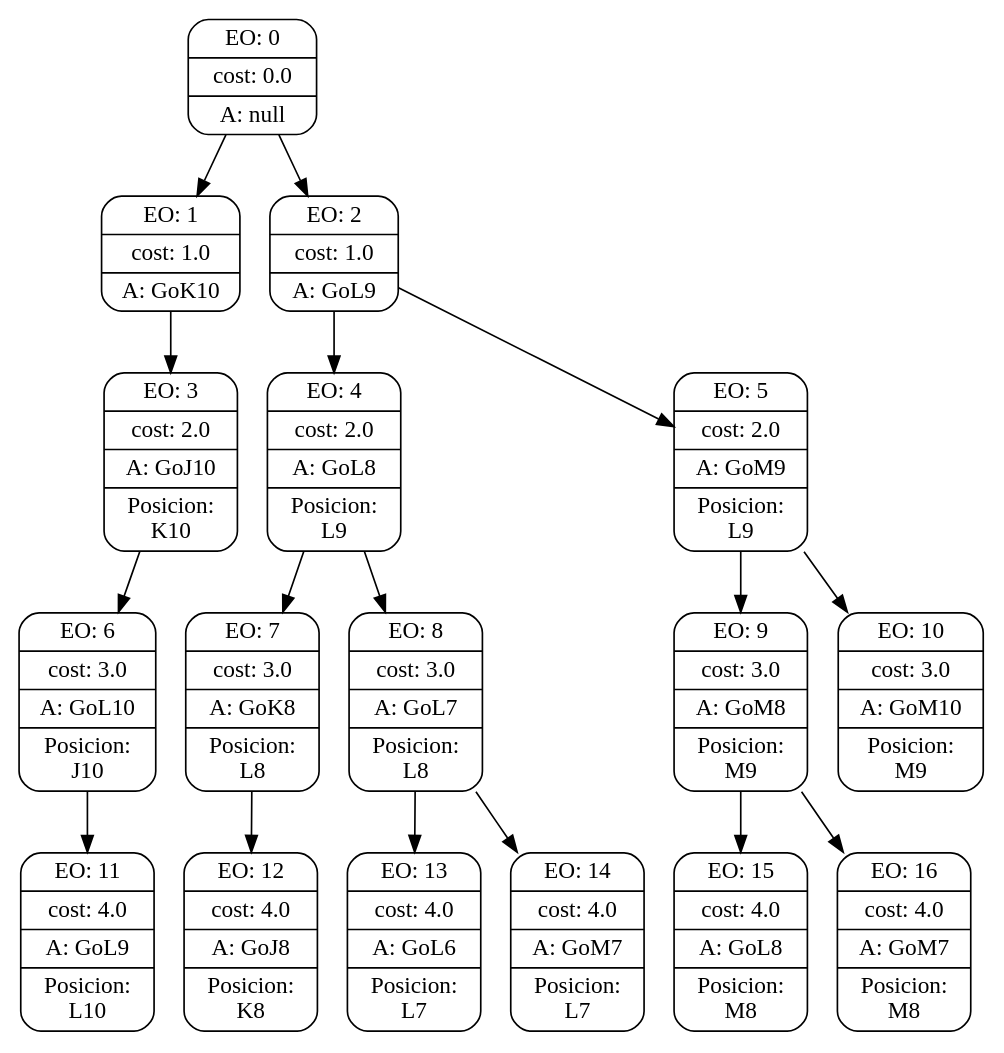
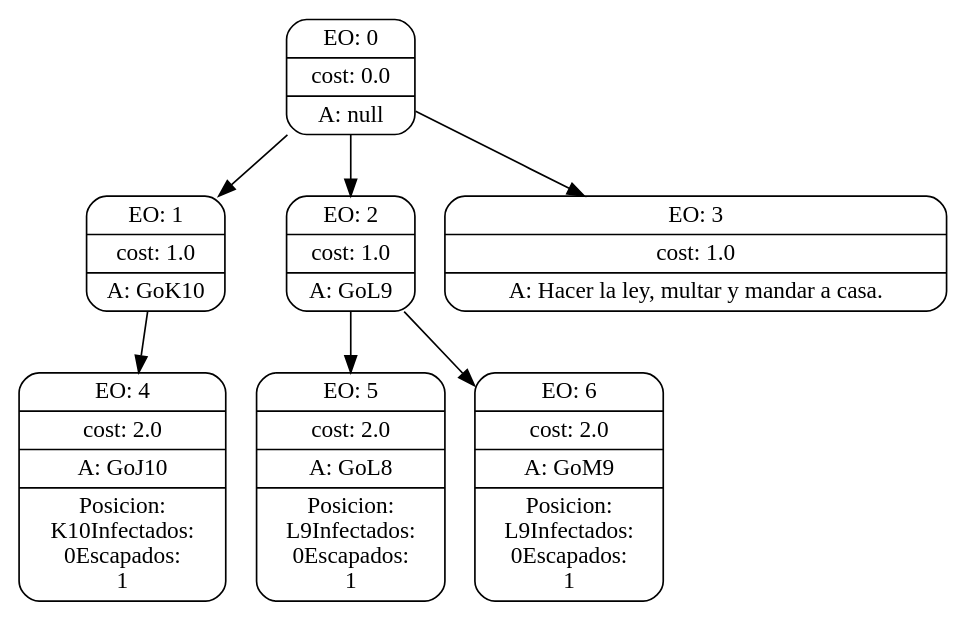
One commit to eliasbrizi/tp1IA changed the diagram in inteligenciaArtificialTP1/searchGVTrees/6.dot. Above: the diagram before and after it, drawn with Graphviz. The commit also changed 43 other files, not shown here.

```diff
--- a/inteligenciaArtificialTP1/searchGVTrees/6.dot
+++ b/inteligenciaArtificialTP1/searchGVTrees/6.dot
@@ -1,54 +1,30 @@
 digraph g {
 node [shape = Mrecord];
 nodo0[label="{EO: 0|cost: 0.0|A: null}"]
 nodo1[label="{EO: 1|cost: 1.0|A: GoK10}"]
-nodo3[label="{EO: 3|cost: 2.0|A: GoJ10|Posicion:\nK10}"]
-nodo6[label="{EO: 6|cost: 3.0|A: GoL10|Posicion:\nJ10}"]
-nodo11[label="{EO: 11|cost: 4.0|A: GoL9|Posicion:\nL10}"]
+nodo4[label="{EO: 4|cost: 2.0|A: GoJ10|Posicion:\nK10
+Infectados:\n0
+Escapados:\n1}"]
 
-nodo6 -> nodo11;
-
-nodo3 -> nodo6;
-
-nodo1 -> nodo3;
+nodo1 -> nodo4;
 
 nodo0 -> nodo1;
 nodo2[label="{EO: 2|cost: 1.0|A: GoL9}"]
-nodo4[label="{EO: 4|cost: 2.0|A: GoL8|Posicion:\nL9}"]
-nodo7[label="{EO: 7|cost: 3.0|A: GoK8|Posicion:\nL8}"]
-nodo12[label="{EO: 12|cost: 4.0|A: GoJ8|Posicion:\nK8}"]
-
-nodo7 -> nodo12;
-
-nodo4 -> nodo7;
-nodo8[label="{EO: 8|cost: 3.0|A: GoL7|Posicion:\nL8}"]
-nodo13[label="{EO: 13|cost: 4.0|A: GoL6|Posicion:\nL7}"]
-
-nodo8 -> nodo13;
-nodo14[label="{EO: 14|cost: 4.0|A: GoM7|Posicion:\nL7}"]
-
-nodo8 -> nodo14;
-
-nodo4 -> nodo8;
-
-nodo2 -> nodo4;
-nodo5[label="{EO: 5|cost: 2.0|A: GoM9|Posicion:\nL9}"]
-nodo9[label="{EO: 9|cost: 3.0|A: GoM8|Posicion:\nM9}"]
-nodo15[label="{EO: 15|cost: 4.0|A: GoL8|Posicion:\nM8}"]
-
-nodo9 -> nodo15;
-nodo16[label="{EO: 16|cost: 4.0|A: GoM7|Posicion:\nM8}"]
-
-nodo9 -> nodo16;
-
-nodo5 -> nodo9;
-nodo10[label="{EO: 10|cost: 3.0|A: GoM10|Posicion:\nM9}"]
-
-nodo5 -> nodo10;
+nodo5[label="{EO: 5|cost: 2.0|A: GoL8|Posicion:\nL9
+Infectados:\n0
+Escapados:\n1}"]
 
 nodo2 -> nodo5;
+nodo6[label="{EO: 6|cost: 2.0|A: GoM9|Posicion:\nL9
+Infectados:\n0
+Escapados:\n1}"]
+
+nodo2 -> nodo6;
 
 nodo0 -> nodo2;
+nodo3[label="{EO: 3|cost: 1.0|A: Hacer la ley, multar y mandar a casa.}"]
+
+nodo0 -> nodo3;
 
 
 }
```
